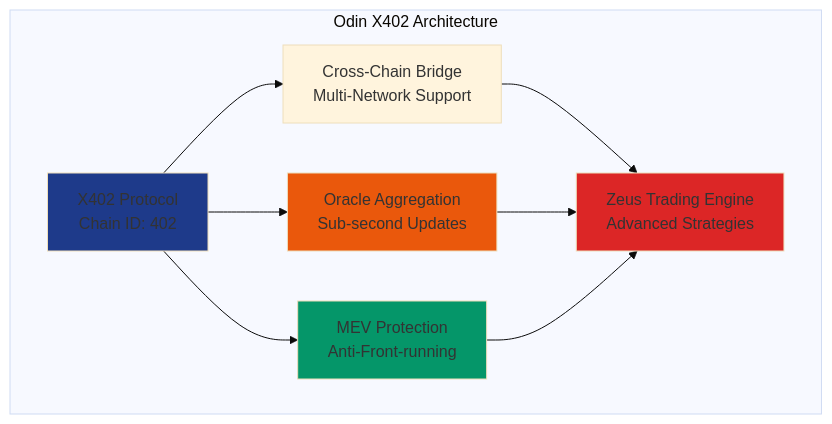
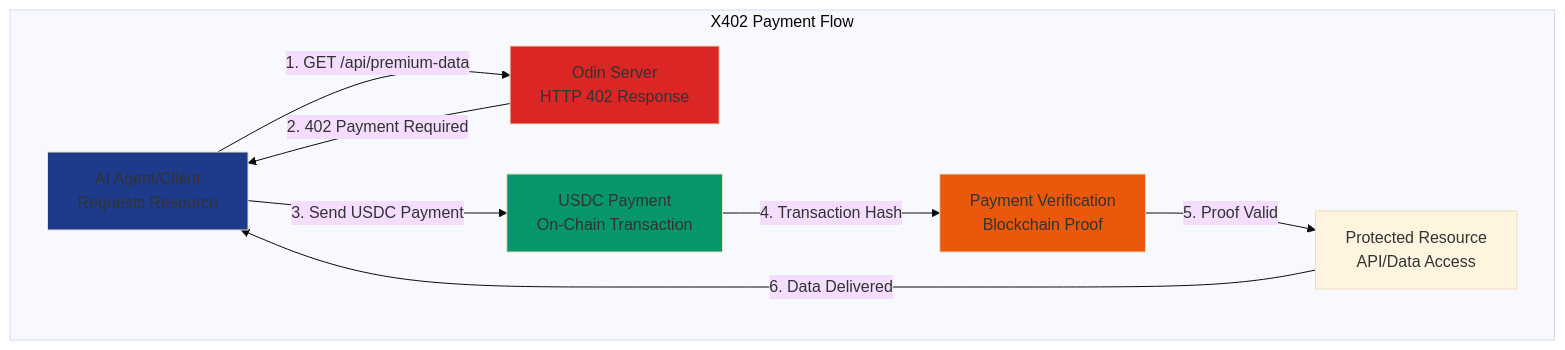
Before and after one commit to jconstantine627752-maker/Odysseus: the first of 6 diagrams in apps/odin/README.md, drawn with Mermaid (base theme). The commit also changed other lines of this file and 9 other files, not shown here.

First line of the commit message:
feat: Complete rework to implement real X402 payment protocol

````diff
--- a/apps/odin/README.md
+++ b/apps/odin/README.md
@@ -5,22 +5,22 @@
 ```mermaid
 graph TD
-    subgraph "Odin X402 Architecture"
-        X402[X402 Protocol<br/>Chain ID: 402]
-        BRIDGE[Cross-Chain Bridge<br/>Multi-Network Support]
-        ORACLE[Oracle Aggregation<br/>Sub-second Updates]
-        MEV[MEV Protection<br/>Anti-Front-running]
-        ZEUS[Zeus Trading Engine<br/>Advanced Strategies]
+    subgraph "X402 Payment Flow"
+        CLIENT[AI Agent/Client<br/>Requests Resource]
+        SERVER[Odin Server<br/>HTTP 402 Response]
+        PAYMENT[USDC Payment<br/>On-Chain Transaction]
+        VERIFY[Payment Verification<br/>Blockchain Proof]
+        RESOURCE[Protected Resource<br/>API/Data Access]
     end
     
-    X402 --> BRIDGE
-    X402 --> ORACLE
-    X402 --> MEV
-    BRIDGE --> ZEUS
-    ORACLE --> ZEUS
-    MEV --> ZEUS
+    CLIENT -->|1. GET /api/premium-data| SERVER
+    SERVER -->|2. 402 Payment Required| CLIENT
+    CLIENT -->|3. Send USDC Payment| PAYMENT
+    PAYMENT -->|4. Transaction Hash| VERIFY
+    VERIFY -->|5. Proof Valid| RESOURCE
+    RESOURCE -->|6. Data Delivered| CLIENT
     
-    style X402 fill:#1e3a8a
-    style ZEUS fill:#dc2626
-    style MEV fill:#059669
-    style ORACLE fill:#ea580c
+    style CLIENT fill:#1e3a8a
+    style SERVER fill:#dc2626
+    style PAYMENT fill:#059669
+    style VERIFY fill:#ea580c
 ```
````
